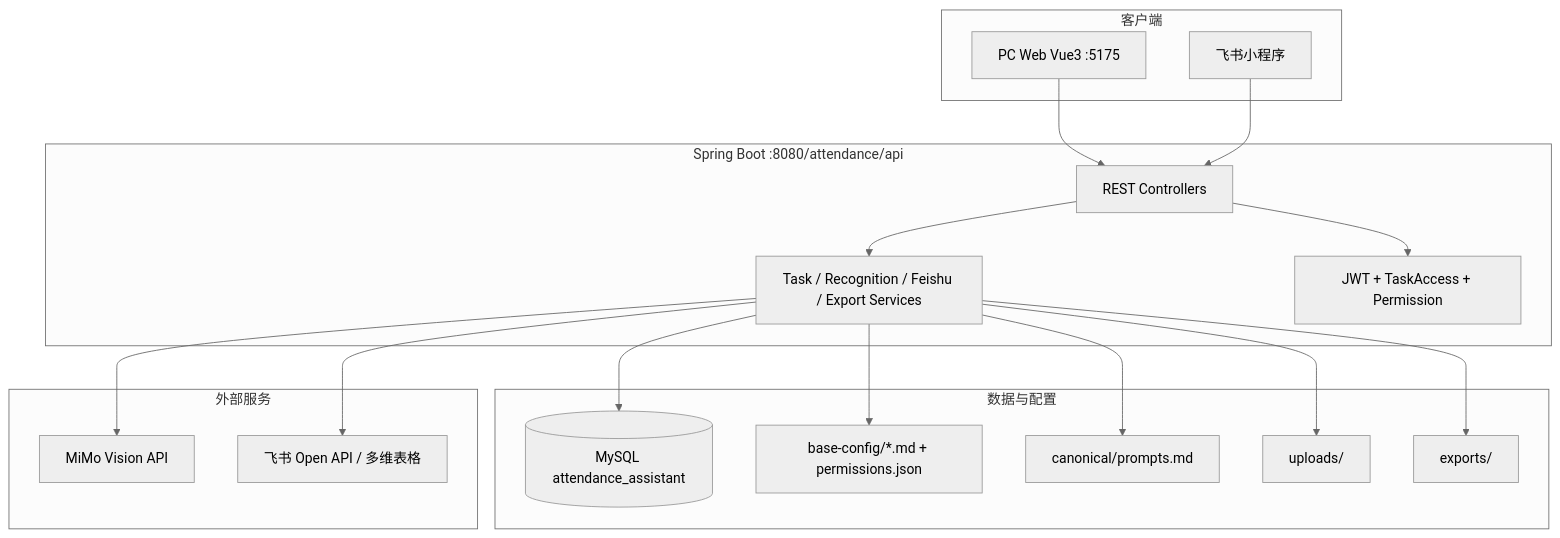
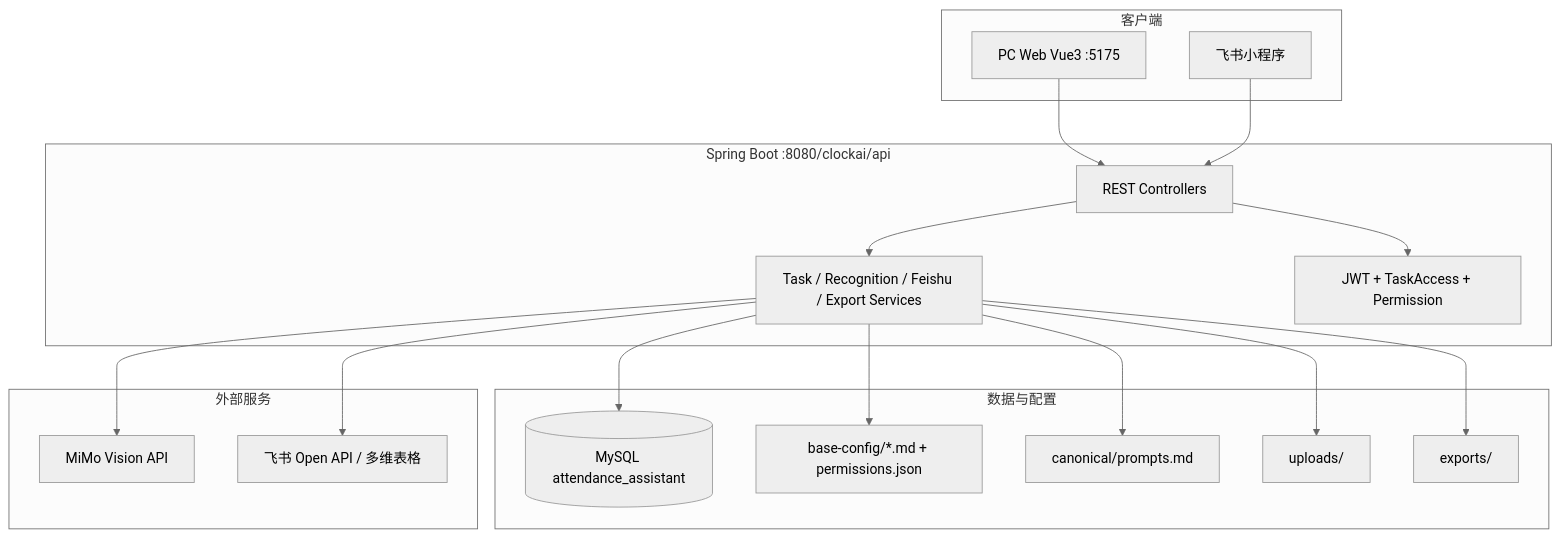
Before and after one commit to Ficklehan/AI_Attendance: the first of 2 diagrams in docs/architecture-and-config.md, drawn with Mermaid (neutral theme). The commit also changed other lines of this file and 78 other files, not shown here.

````diff
--- a/docs/architecture-and-config.md
+++ b/docs/architecture-and-config.md
@@ -7,38 +7,38 @@
 ```mermaid
 flowchart TB
   subgraph clients [客户端]
     PC[PC Web Vue3 :5175]
     MP[飞书小程序]
   end
 
-  subgraph backend [Spring Boot :8080/attendance/api]
+  subgraph backend [Spring Boot :8080/clockai/api]
     API[REST Controllers]
     SVC[Task / Recognition / Feishu / Export Services]
     SEC[JWT + TaskAccess + Permission]
     API --> SVC
     API --> SEC
   end
 
   subgraph data [数据与配置]
     MySQL[(MySQL attendance_assistant)]
     BC[base-config/*.md + permissions.json]
     CAN[canonical/prompts.md]
     UP[uploads/]
     EX[exports/]
   end
 
   subgraph external [外部服务]
     MIMO[MiMo Vision API]
     FS[飞书 Open API / 多维表格]
   end
 
   PC --> API
   MP --> API
   SVC --> MySQL
   SVC --> BC
   SVC --> CAN
   SVC --> UP
   SVC --> EX
   SVC --> MIMO
   SVC --> FS
 ```
````
